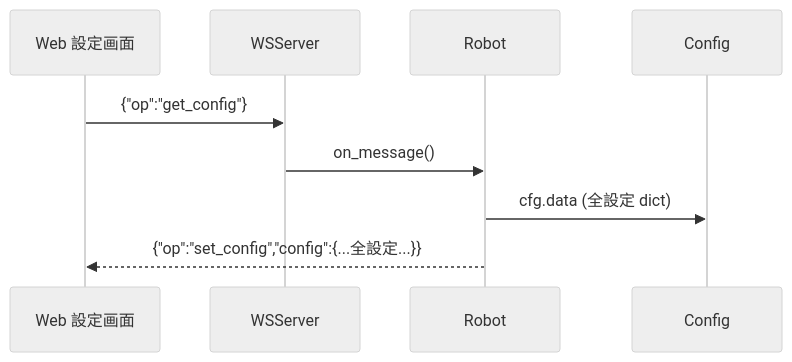
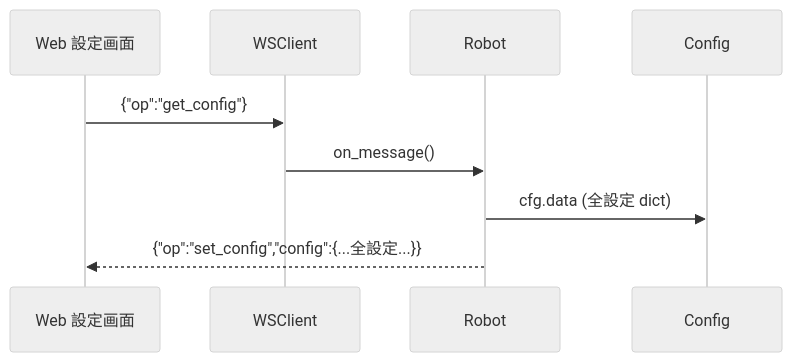
Before and after one commit to smabo-smartphone-robot/smabo-smartphone-robot.github.io: diagram 14 of 14 in docs/architecture/design.md, drawn with Mermaid (neutral theme). The commit also changed other lines of this file and 5 other files, not shown here.

````diff
--- a/docs/architecture/design.md
+++ b/docs/architecture/design.md
@@ -511,12 +541,12 @@
 ```mermaid
 sequenceDiagram
     participant Client as Web 設定画面
-    participant WSServer
+    participant WSClient
     participant Robot
     participant Config
 
-    Client->>WSServer: {"op":"get_config"}
-    WSServer->>Robot: on_message()
+    Client->>WSClient: {"op":"get_config"}
+    WSClient->>Robot: on_message()
     Robot->>Config: cfg.data (全設定 dict)
     Robot-->>Client: {"op":"set_config","config":{...全設定...}}
 ```
````
